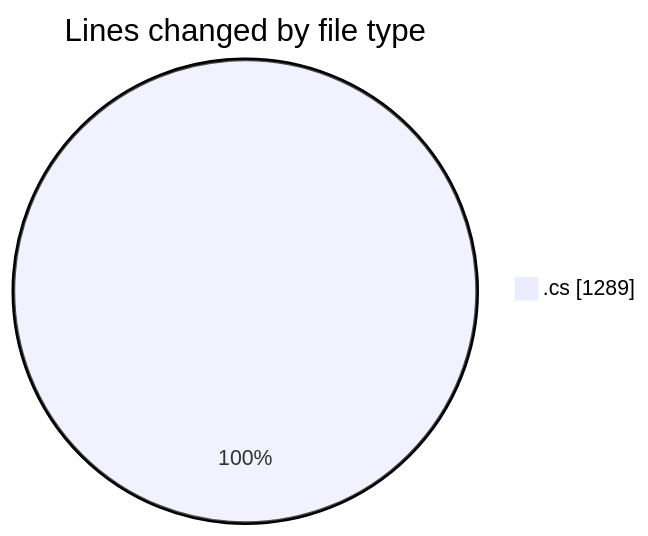
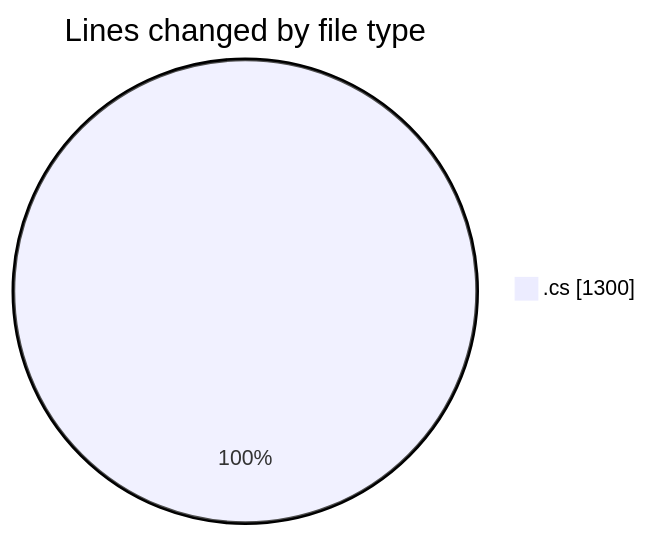
The first of 2 diagrams in 2025-04-01/back-end/README.md (Netris89/code-tracking), drawn with Mermaid before and after one commit. The commit also changed other lines of this file and 1 other file, not shown here.

````diff
--- a/2025-04-01/back-end/README.md
+++ b/2025-04-01/back-end/README.md
@@ -25,5 +25,5 @@
 ```mermaid
 pie showData
 title Lines changed by file type
-".cs" : 1289
+".cs" : 1300
 ```
````
